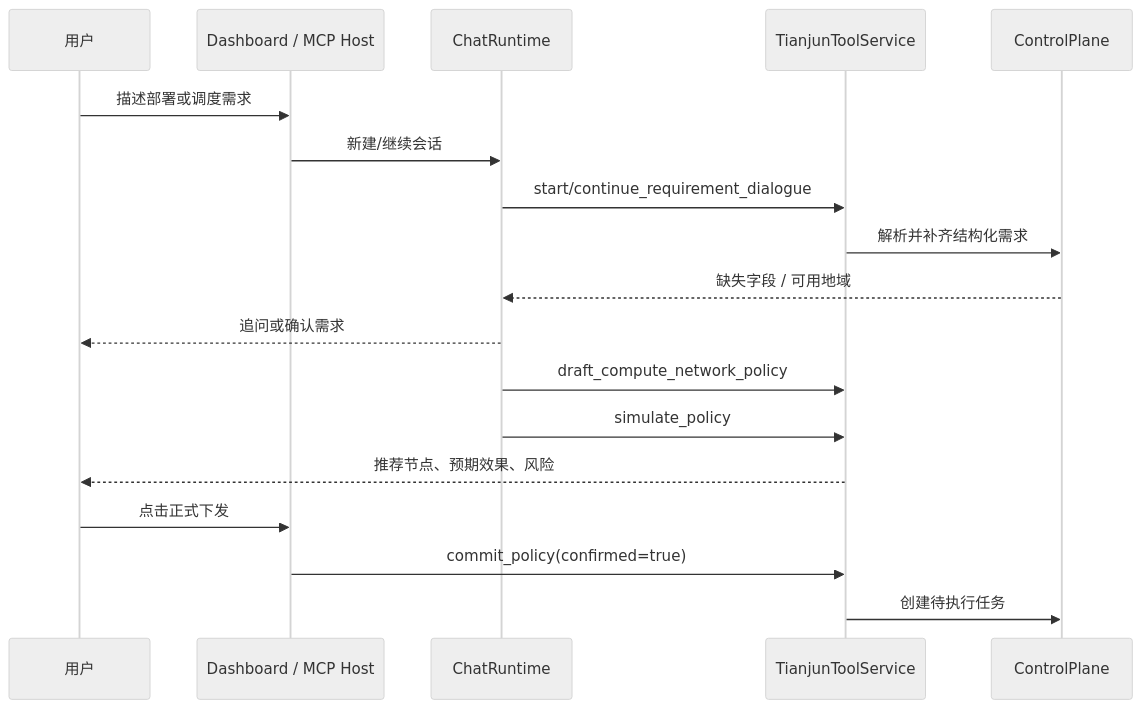
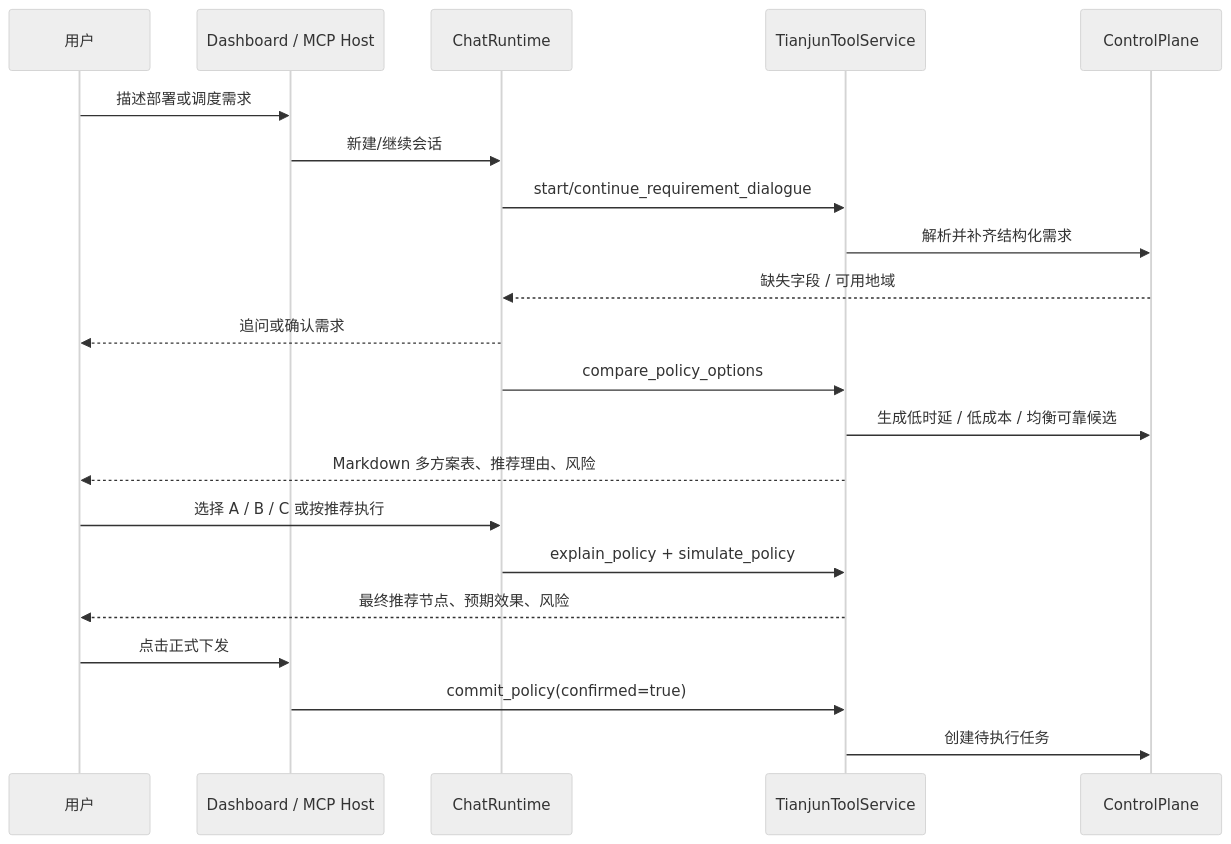
The second of 2 diagrams in README.md (diputs18/Tianjun-Engine), drawn with Mermaid (neutral theme) before and after one commit. The commit also changed other lines of this file, not shown here.

Commit message:
Update README for Hermes option comparison

````diff
--- a/README.md
+++ b/README.md
@@ -228,20 +236,23 @@
 ```mermaid
 sequenceDiagram
     participant User as 用户
     participant UI as Dashboard / MCP Host
     participant Hermes as ChatRuntime
     participant Tools as TianjunToolService
     participant CP as ControlPlane
     User->>UI: 描述部署或调度需求
     UI->>Hermes: 新建/继续会话
     Hermes->>Tools: start/continue_requirement_dialogue
     Tools->>CP: 解析并补齐结构化需求
     CP-->>Hermes: 缺失字段 / 可用地域
     Hermes-->>User: 追问或确认需求
-    Hermes->>Tools: draft_compute_network_policy
-    Hermes->>Tools: simulate_policy
-    Tools-->>User: 推荐节点、预期效果、风险
+    Hermes->>Tools: compare_policy_options
+    Tools->>CP: 生成低时延 / 低成本 / 均衡可靠候选
+    Tools-->>User: Markdown 多方案表、推荐理由、风险
+    User->>Hermes: 选择 A / B / C 或按推荐执行
+    Hermes->>Tools: explain_policy + simulate_policy
+    Tools-->>User: 最终推荐节点、预期效果、风险
     User->>UI: 点击正式下发
     UI->>Tools: commit_policy(confirmed=true)
     Tools->>CP: 创建待执行任务
 ```
````
